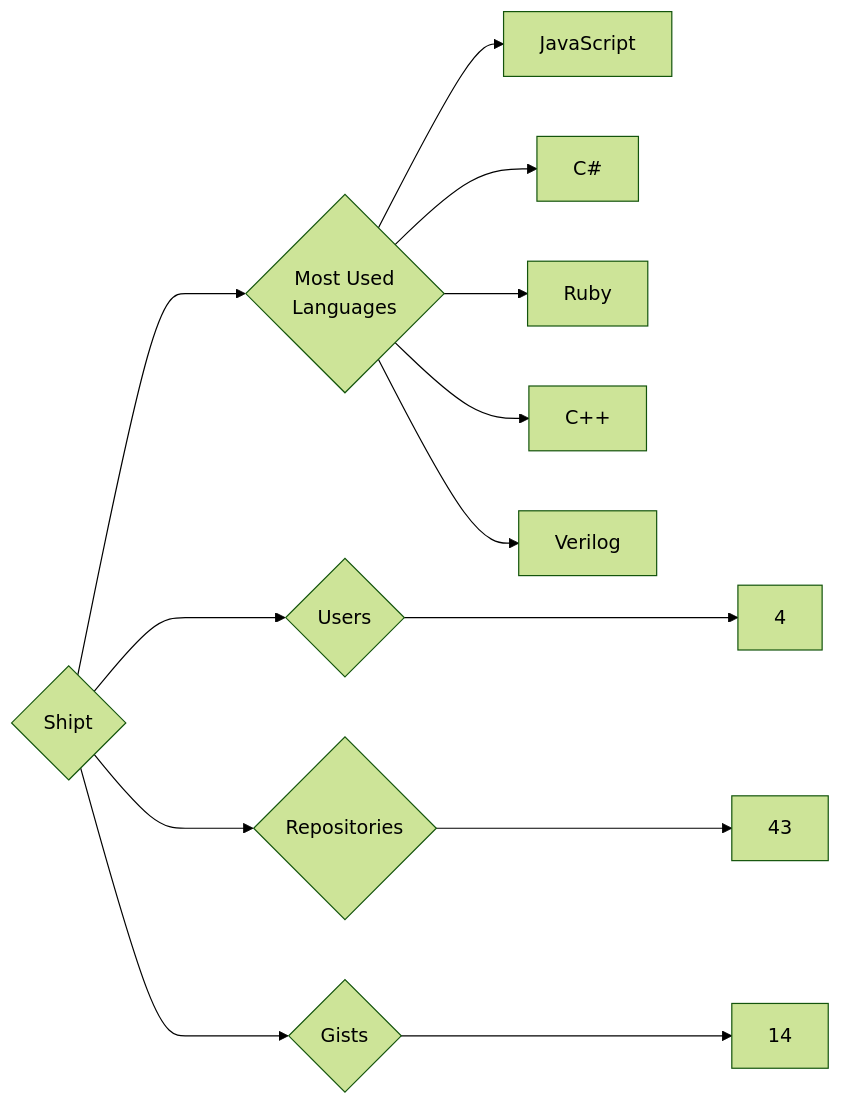
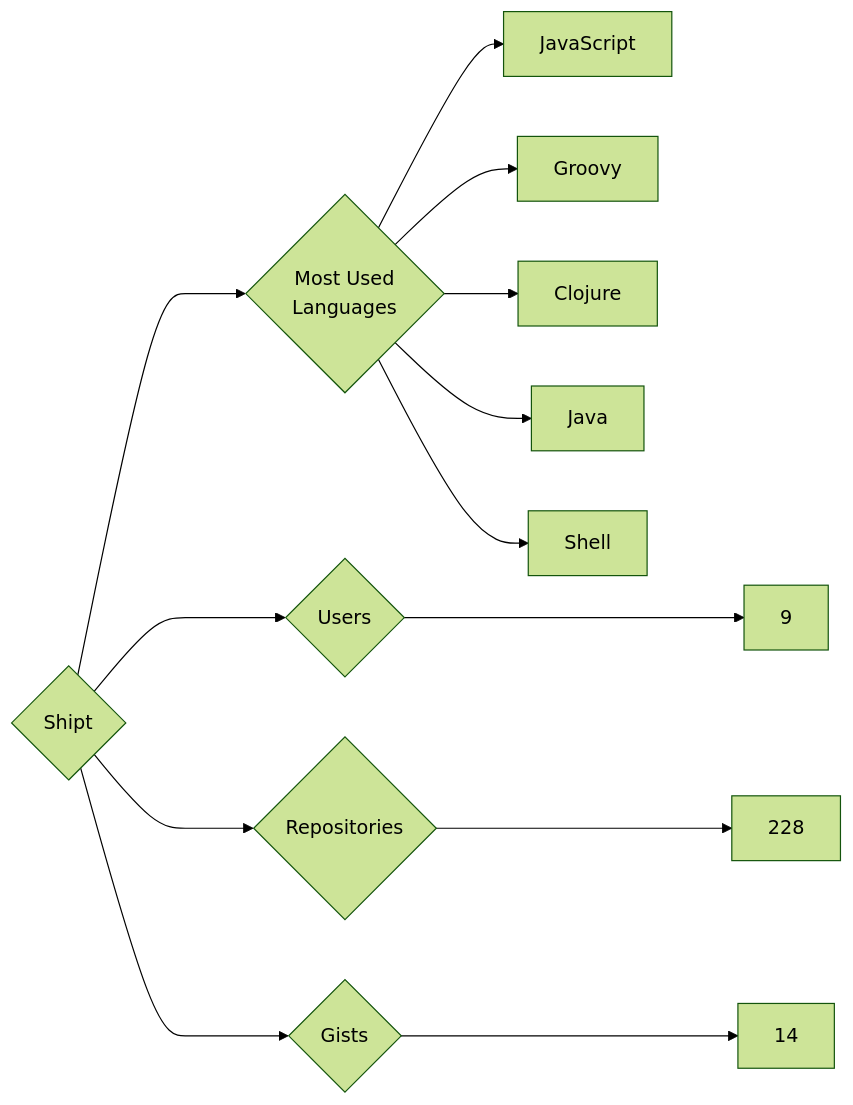
The diagram in targets/Shipt/README.md (trickest/insiders), drawn with Mermaid (forest theme) before and after one commit. The commit also changed 895 other files, not shown here.

````diff
--- a/targets/Shipt/README.md
+++ b/targets/Shipt/README.md
@@ -3,13 +3,13 @@
 ```mermaid
 graph LR
 COMPANY_NAME{Shipt}
-COMPANY_NAME ---> U{Users} ---> UN[4]
-COMPANY_NAME ---> R{Repositories} ---> RN[43]
+COMPANY_NAME ---> U{Users} ---> UN[9]
+COMPANY_NAME ---> R{Repositories} ---> RN[228]
 COMPANY_NAME ---> G{Gists} ---> GN[14]
 COMPANY_NAME ---> ML{Most Used<br>Languages}
 ML --> JavaScript[JavaScript]
-ML --> C#[C#]
-ML --> Ruby[Ruby]
-ML --> C++[C++]
-ML --> Verilog[Verilog]
+ML --> Groovy[Groovy]
+ML --> Clojure[Clojure]
+ML --> Java[Java]
+ML --> Shell[Shell]
 ```
````
